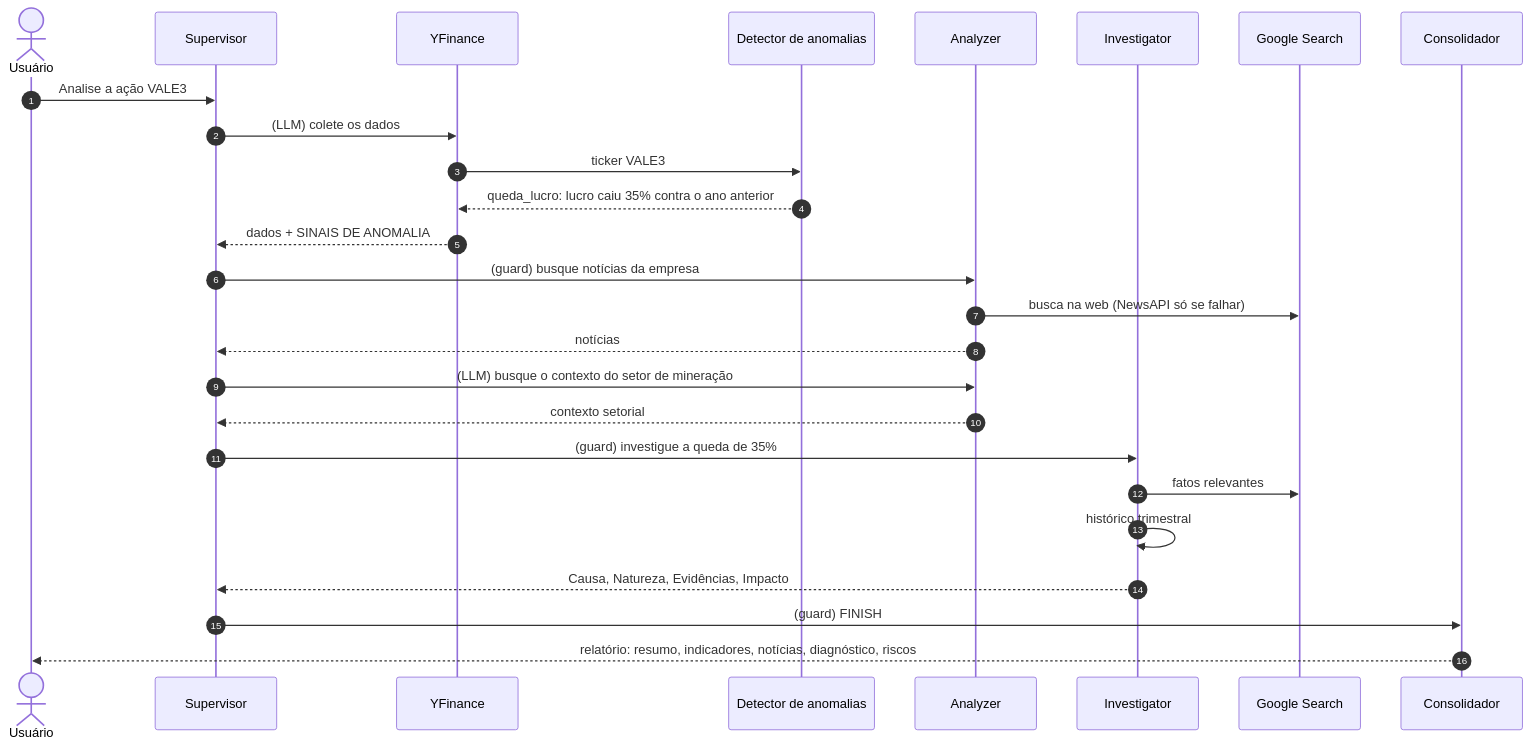
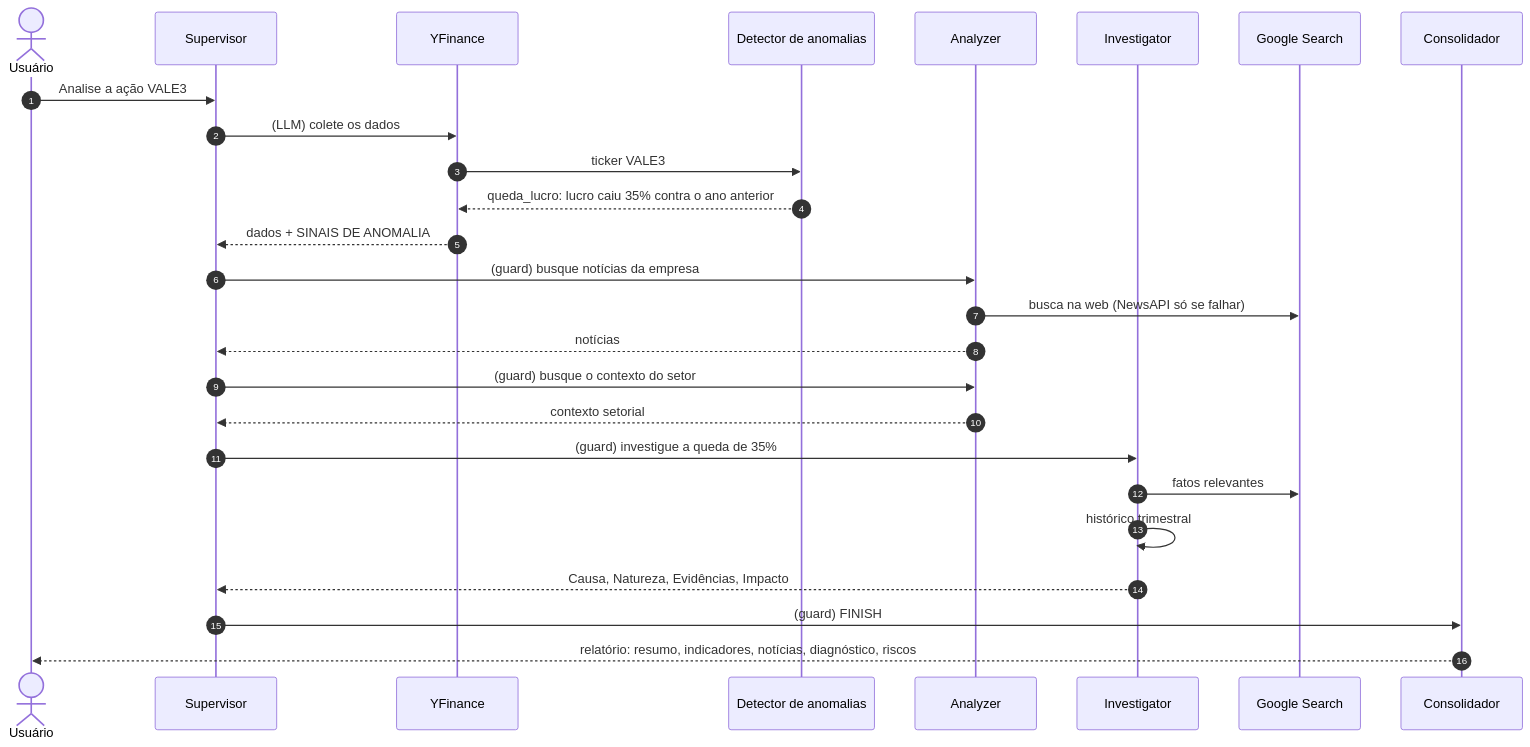
One commit to igorc22/pipeline-inteligencia-financeira-b3 changed the third of 5 diagrams in docs/arquitetura.md. Above: the diagram before and after it, drawn with Mermaid. The commit also changed other lines of this file and 4 other files, not shown here.

Commit message:
feat: guard da etapa 3 manda o Analyzer ao setor sem consultar o LLM

````diff
--- a/docs/arquitetura.md
+++ b/docs/arquitetura.md
@@ -102,29 +104,29 @@
 ```mermaid
 sequenceDiagram
     autonumber
     actor U as Usuário
     participant S as Supervisor
     participant Y as YFinance
     participant D as Detector de anomalias
     participant A as Analyzer
     participant I as Investigator
     participant W as Google Search
     participant C as Consolidador
 
     U->>S: Analise a ação VALE3
     S->>Y: (LLM) colete os dados
     Y->>D: ticker VALE3
     D-->>Y: queda_lucro: lucro caiu 35% contra o ano anterior
     Y-->>S: dados + SINAIS DE ANOMALIA
     S->>A: (guard) busque notícias da empresa
     A->>W: busca na web (NewsAPI só se falhar)
     A-->>S: notícias
-    S->>A: (LLM) busque o contexto do setor de mineração
+    S->>A: (guard) busque o contexto do setor
     A-->>S: contexto setorial
     S->>I: (guard) investigue a queda de 35%
     I->>W: fatos relevantes
     I->>I: histórico trimestral
     I-->>S: Causa, Natureza, Evidências, Impacto
     S->>C: (guard) FINISH
     C-->>U: relatório: resumo, indicadores, notícias, diagnóstico, riscos
 ```
````
